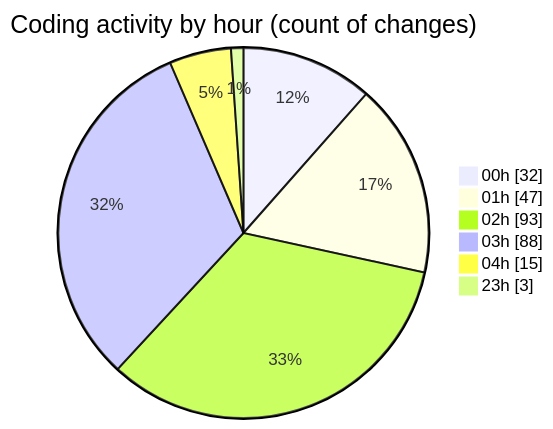
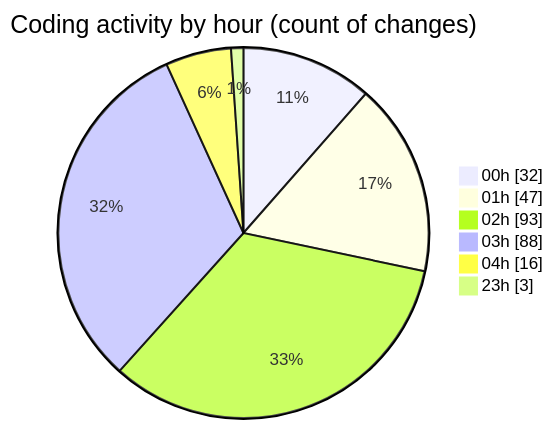
The second of 2 diagrams in 2025-07-28/quanlyrapchieuphim-1/README.md (lephambinh05/code-tracking), drawn with Mermaid before and after one commit. The commit also changed other lines of this file and 1 other file, not shown here.

````diff
--- a/2025-07-28/quanlyrapchieuphim-1/README.md
+++ b/2025-07-28/quanlyrapchieuphim-1/README.md
@@ -63,10 +63,10 @@
 ```mermaid
 pie showData
 title Coding activity by hour (count of changes)
 "00h" : 32
 "01h" : 47
 "02h" : 93
 "03h" : 88
-"04h" : 15
+"04h" : 16
 "23h" : 3
 ```
````
